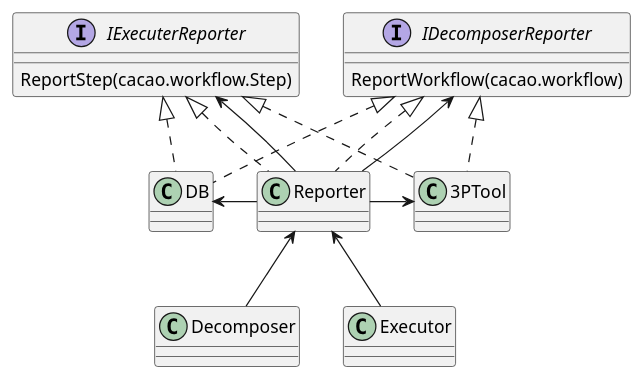
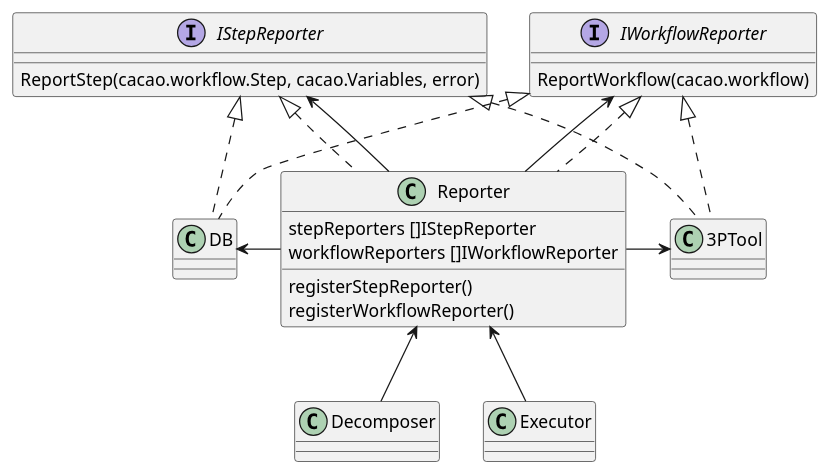
Before and after one commit to COSSAS/SOARCA: the diagram in docs/content/en/docs/core-components/reporting.md, drawn with PlantUML.

Commit message:
add reporting documentation

````diff
--- a/docs/content/en/docs/core-components/reporting.md
+++ b/docs/content/en/docs/core-components/reporting.md
@@ -28,35 +28,41 @@
 ```plantuml
 @startuml
 set separator ::
 
-interface IDecomposerReporter{
+interface IWorkflowReporter{
     ReportWorkflow(cacao.workflow)
 }
 
-interface IExecuterReporter{
-    ReportStep(cacao.workflow.Step)
+interface IStepReporter{
+    ReportStep(cacao.workflow.Step, cacao.Variables, error)
 }
 
-class Reporter 
+class Reporter {
+    stepReporters []IStepReporter
+    workflowReporters []IWorkflowReporter
+
+    registerStepReporter()
+    registerWorkflowReporter()
+}
 class DB
 class 3PTool
 class Decomposer
 class Executor
 
 Decomposer -up-> Reporter
 Executor -up-> Reporter
 
-Reporter .up.|> IDecomposerReporter
-Reporter -up-> IDecomposerReporter
-Reporter .up.|> IExecuterReporter
-Reporter -up-> IExecuterReporter
+Reporter -up-> IWorkflowReporter
+Reporter .up.|> IWorkflowReporter
+Reporter .up.|> IStepReporter
+Reporter -up-> IStepReporter
 
-DB .up.|> IDecomposerReporter
-DB .up.|> IExecuterReporter
-3PTool .up.|> IDecomposerReporter
-3PTool .up.|> IExecuterReporter
+DB .up.|> IWorkflowReporter
+DB .up.|> IStepReporter
+3PTool .up.|> IWorkflowReporter
+3PTool .up.|> IStepReporter
 
-Reporter -left-> DB
-Reporter -right-> 3PTool
+Reporter --left--> DB
+Reporter --right--> 3PTool
 
 ```
````
